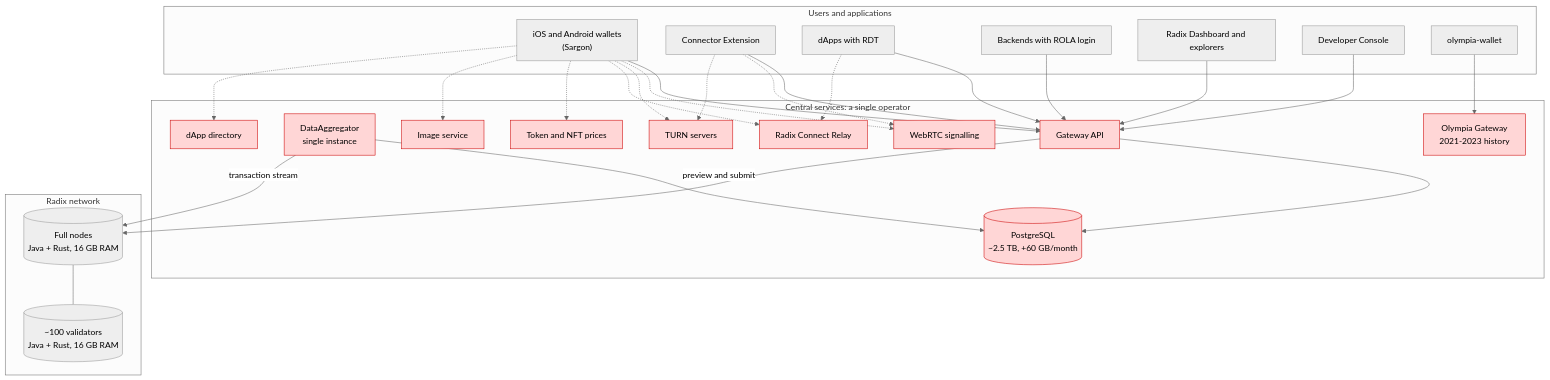
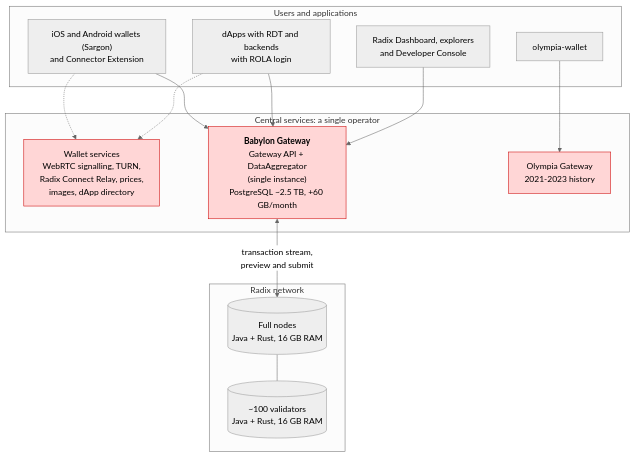
The first of 2 diagrams in docs/en/01-02-current-situation.md (dazligth/radix-decentralization-roadmap), drawn with Mermaid (neutral theme) before and after one commit. The commit also changed other lines of this file and 9 other files, not shown here.

First line of the commit message:
Redesign diagrams for readability on GitHub

````diff
--- a/docs/en/01-02-current-situation.md
+++ b/docs/en/01-02-current-situation.md
@@ -54,51 +54,28 @@
 ```mermaid
 flowchart TB
     subgraph APPS["Users and applications"]
-        W["iOS and Android wallets<br/>(Sargon)"]
-        EXT["Connector Extension"]
-        DAPP["dApps with RDT"]
-        ROLA["Backends with ROLA login"]
-        EXP["Radix Dashboard and explorers"]
-        DEV["Developer Console"]
+        W["iOS and Android wallets (Sargon)<br/>and Connector Extension"]
+        DAPP["dApps with RDT and backends<br/>with ROLA login"]
+        EXP["Radix Dashboard, explorers<br/>and Developer Console"]
         OLYW["olympia-wallet"]
     end
     subgraph CENTRAL["Central services: a single operator"]
-        GW["Gateway API"]
-        AGG["DataAggregator<br/>single instance"]
-        PG[("PostgreSQL<br/>~2.5 TB, +60 GB/month")]
-        SIG["WebRTC signalling"]
-        TURN["TURN servers"]
-        RELAY["Radix Connect Relay"]
-        PRICE["Token and NFT prices"]
-        IMG["Image service"]
-        DIR["dApp directory"]
+        AUX["Wallet services<br/>WebRTC signalling, TURN,<br/>Radix Connect Relay, prices,<br/>images, dApp directory"]
+        GW["<b>Babylon Gateway</b><br/>Gateway API + DataAggregator<br/>(single instance)<br/>PostgreSQL ~2.5 TB, +60 GB/month"]
         OGW["Olympia Gateway<br/>2021-2023 history"]
     end
     subgraph NET["Radix network"]
         FN[("Full nodes<br/>Java + Rust, 16 GB RAM")]
         VAL[("~100 validators<br/>Java + Rust, 16 GB RAM")]
     end
+    W -.-> AUX
+    DAPP -.-> AUX
     W --> GW
-    EXT --> GW
     DAPP --> GW
-    ROLA --> GW
     EXP --> GW
-    DEV --> GW
-    GW --> PG
-    AGG --> PG
-    AGG -- "transaction stream" --> FN
-    GW -- "preview and submit" --> FN
+    OLYW --> OGW
+    GW <-->|"transaction stream,<br/>preview and submit"| FN
     FN --- VAL
-    W -.-> SIG
-    EXT -.-> SIG
-    W -.-> TURN
-    EXT -.-> TURN
-    W -.-> RELAY
-    DAPP -.-> RELAY
-    W -.-> PRICE
-    W -.-> IMG
-    W -.-> DIR
-    OLYW --> OGW
     classDef central fill:#ffd6d6,stroke:#c00,color:#000
-    class GW,AGG,PG,SIG,TURN,RELAY,PRICE,IMG,DIR,OGW central
+    class GW,AUX,OGW central
 ```
````
